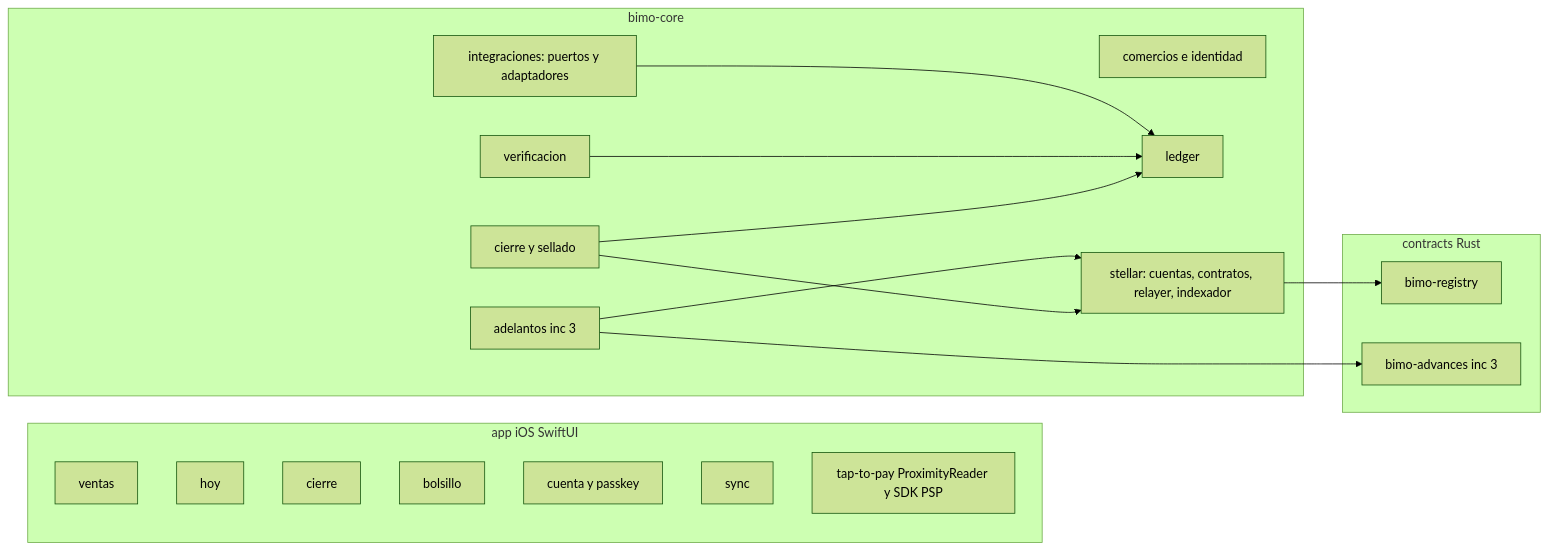
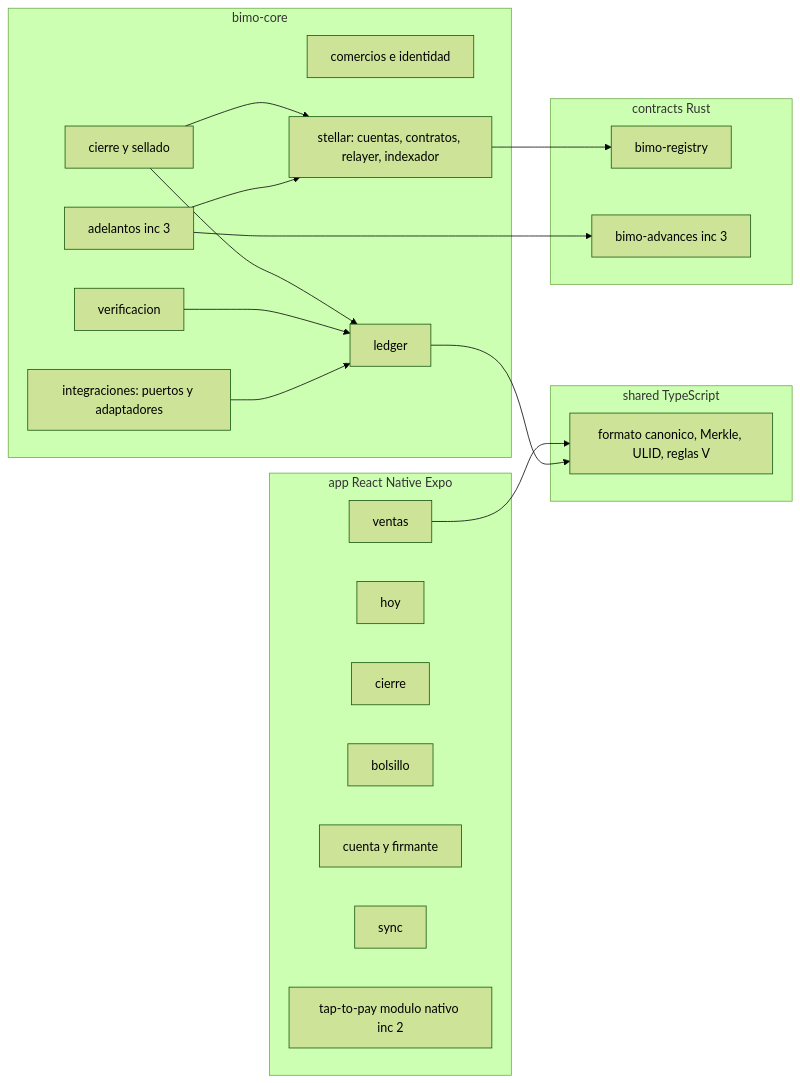
Before and after one commit to andreMD287/Bimo: the third of 5 diagrams in docs/arquitectura/ARQUITECTURA.md, drawn with Mermaid (forest theme). The commit also changed other lines of this file, not shown here.

Commit message:
docs(arquitectura): update a v0.4 con app en react native y expo

````diff
--- a/docs/arquitectura/ARQUITECTURA.md
+++ b/docs/arquitectura/ARQUITECTURA.md
@@ -455,32 +460,37 @@
 ```mermaid
 flowchart LR
-  subgraph APPM["app iOS SwiftUI"]
+  subgraph APPM["app React Native Expo"]
     A1["ventas"]
     A2["hoy"]
     A3["cierre"]
     A4["bolsillo"]
-    A5["cuenta y passkey"]
+    A5["cuenta y firmante"]
     A6["sync"]
-    A7["tap-to-pay ProximityReader y SDK PSP"]
+    A7["tap-to-pay modulo nativo inc 2"]
+  end
+  subgraph SHARED["shared TypeScript"]
+    S1["formato canonico, Merkle, ULID, reglas V"]
   end
   subgraph COREM["bimo-core"]
     M1["comercios e identidad"]
     M2["ledger"]
     M3["cierre y sellado"]
     M4["verificacion"]
     M5["stellar: cuentas, contratos, relayer, indexador"]
     M6["integraciones: puertos y adaptadores"]
     M7["adelantos inc 3"]
   end
   subgraph CONTR["contracts Rust"]
     K1["bimo-registry"]
     K2["bimo-advances inc 3"]
   end
+  A1 --> S1
+  M2 --> S1
   M3 --> M2
   M3 --> M5
   M4 --> M2
   M5 --> K1
   M6 --> M2
   M7 --> M5
   M7 --> K2
 ```
````
